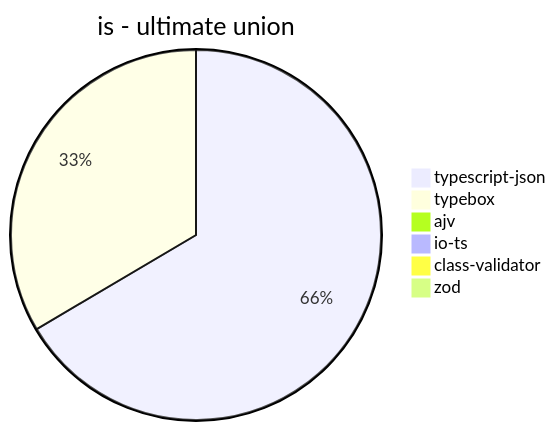
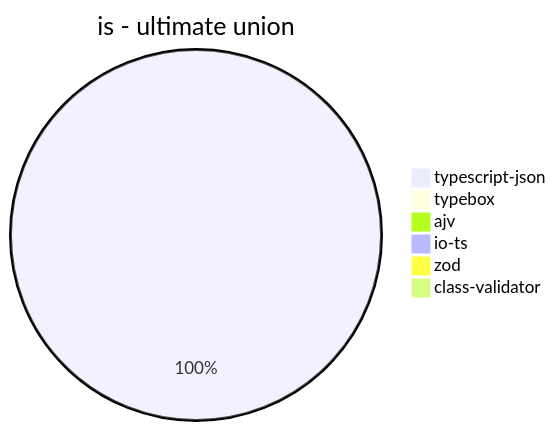
Before and after one commit to samchon/typia: the eighth of 39 diagrams in benchmark/results/AMD Ryzen 7 5800H with Radeon Graphics.md, drawn with Mermaid. The commit also changed other lines of this file and 3 other files, not shown here.

````diff
--- a/benchmark/results/AMD Ryzen 7 5800H with Radeon Graphics.md
+++ b/benchmark/results/AMD Ryzen 7 5800H with Radeon Graphics.md
@@ -98,9 +98,9 @@
 ```mermaid
 pie title is - ultimate union
-  "typescript-json": 544.1258094357077
-  "typebox": 274.01746724890825
+  "typescript-json": 531.6894977168951
+  "typebox": 0
   "ajv": 0
   "io-ts": 0
+  "zod": 0.354924578527063
   "class-validator": 0
-  "zod": 0.35001750087504374
 ```
````
